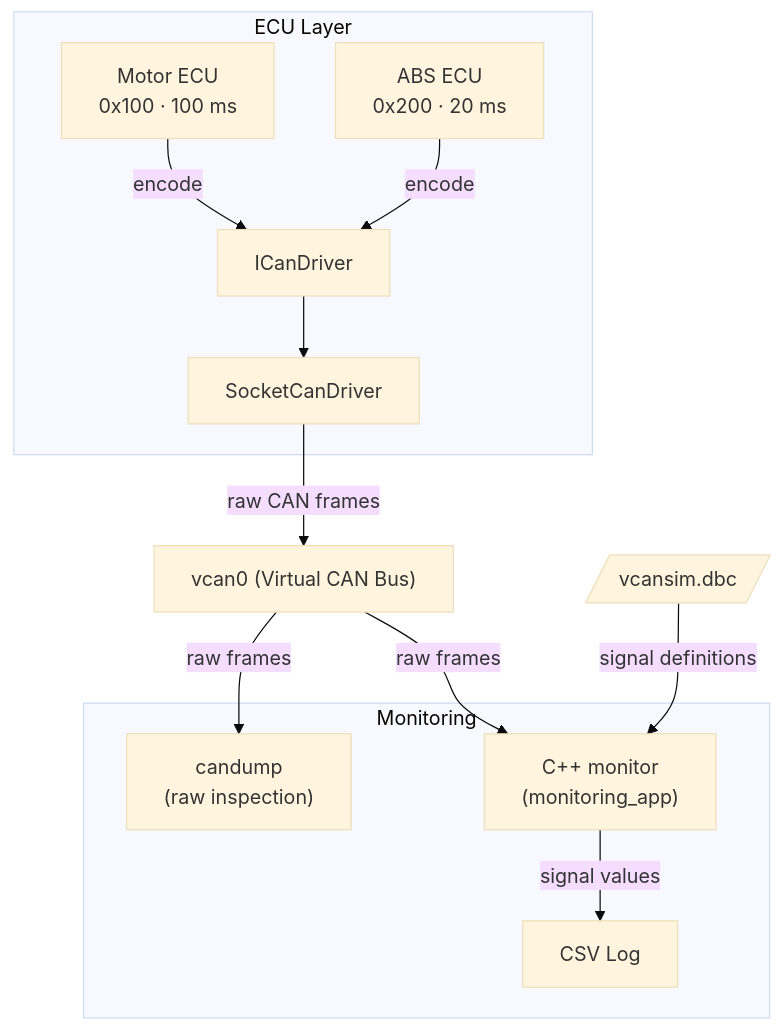
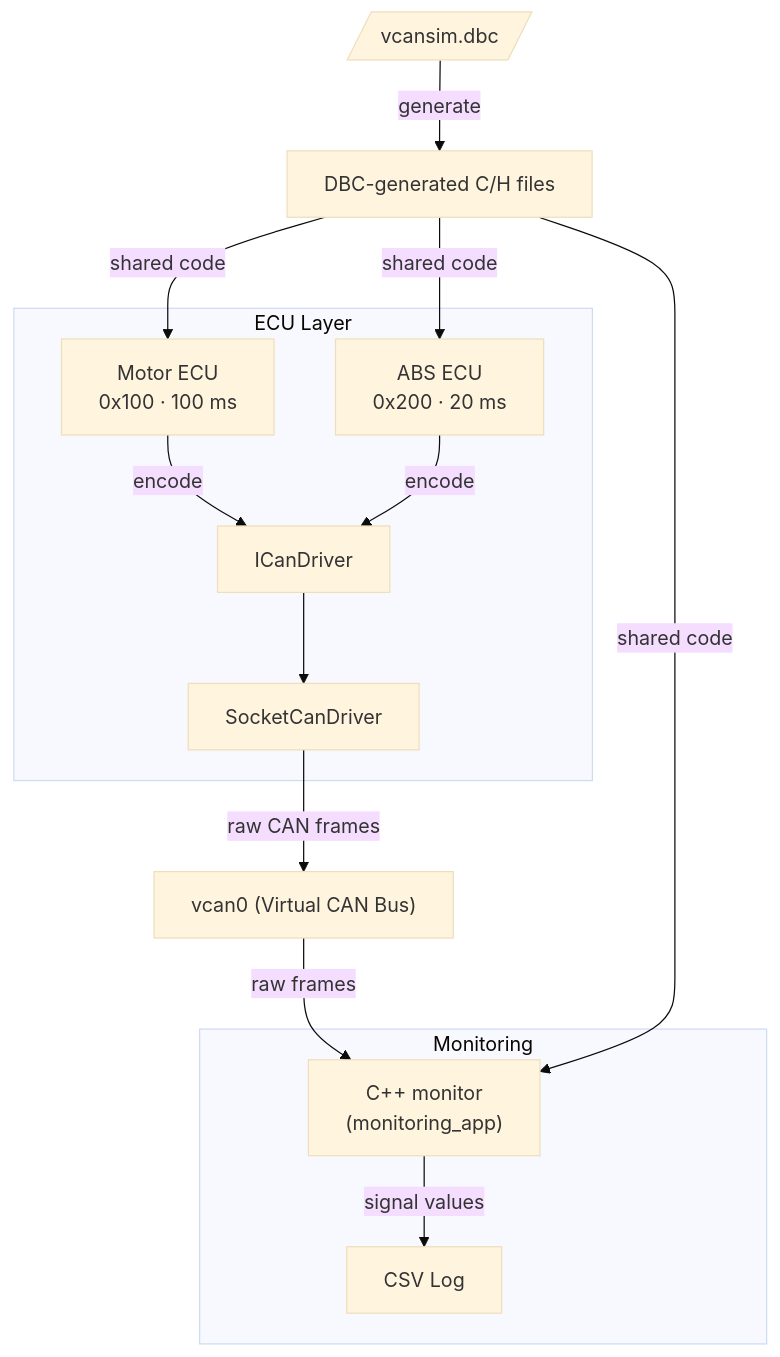
The diagram in README.md (brahimab8/vcan-sim), drawn with Mermaid (base theme) before and after one commit. The commit also changed other lines of this file and 2 other files, not shown here.

Commit message:
docs: update README, architecture and testing

````diff
--- a/README.md
+++ b/README.md
@@ -29,27 +28,29 @@
 ```mermaid
 graph TD
     subgraph ECUs[ECU Layer]
         MOTOR["Motor ECU\n0x100 · 100 ms"]
         ABS["ABS ECU\n0x200 · 20 ms"]
         IFACE[ICanDriver]
         DRV[SocketCanDriver]
     end
 
     VCAN["vcan0 (Virtual CAN Bus)"]
     DBC[/vcansim.dbc/]
+    GEN["DBC-generated C/H files"]
 
     subgraph MONITORING[Monitoring]
-        CANDUMP["candump \n(raw inspection)"]
         MONAPP["C++ monitor\n(monitoring_app)"]
         CSV[CSV Log]
     end
 
     MOTOR -->|encode| IFACE
     ABS -->|encode| IFACE
     IFACE --> DRV
     DRV -->|raw CAN frames| VCAN
-    VCAN -->|raw frames| CANDUMP
     VCAN -->|raw frames| MONAPP
-    DBC -->|signal definitions| MONAPP
+    DBC -->|generate| GEN
+    GEN -->|shared code| MOTOR
+    GEN -->|shared code| ABS
+    GEN -->|shared code| MONAPP
     MONAPP -->|signal values| CSV
 ```
````
